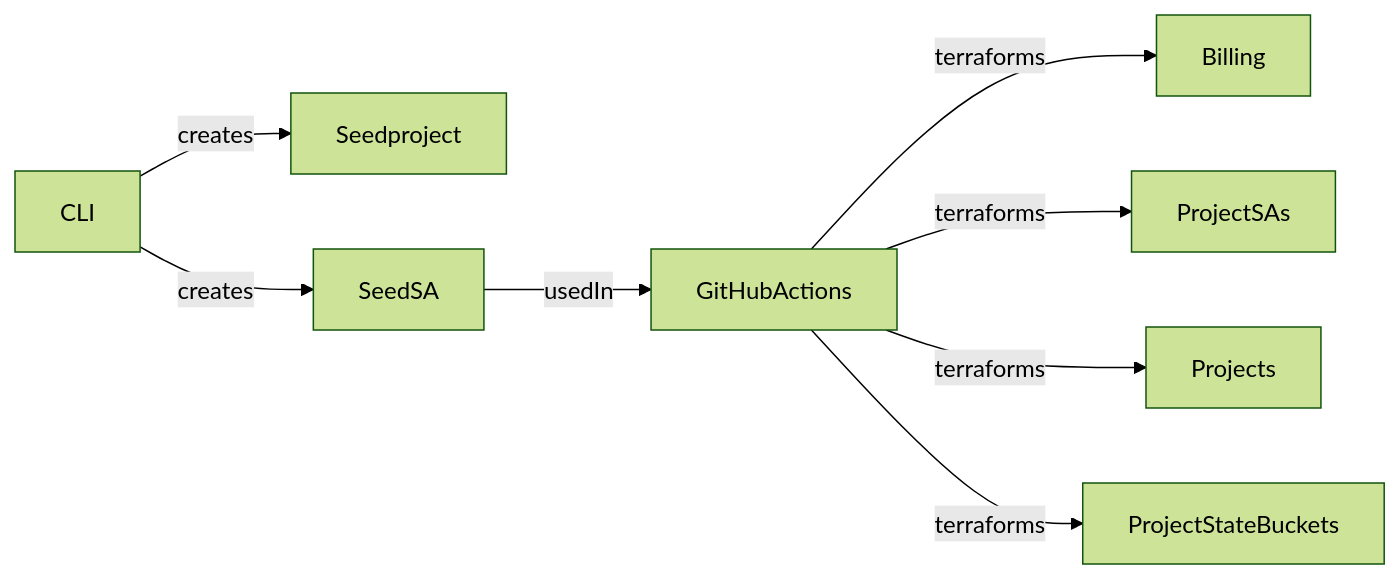
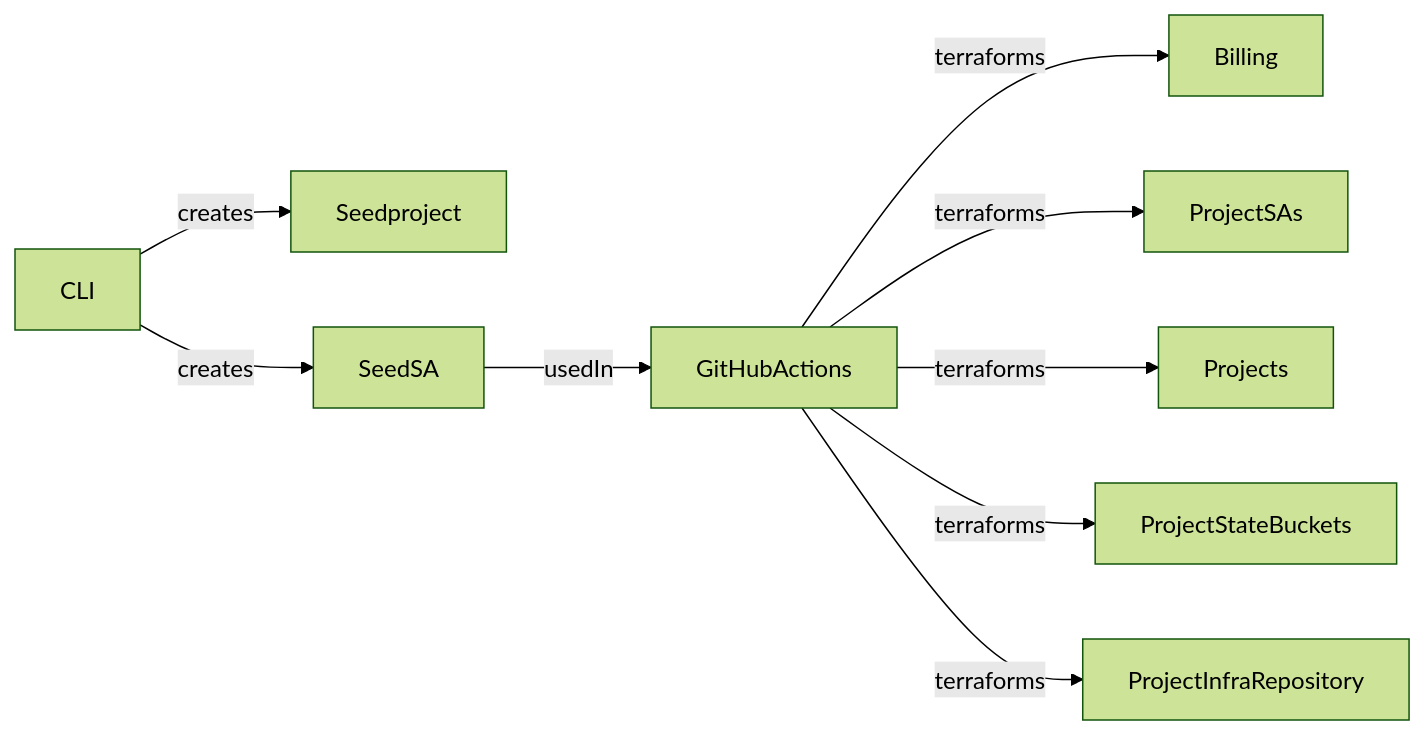
One commit to koenighotze/koenighotze-gcp-base-setup changed the second of 2 diagrams in README.md. Above: the diagram before and after it, drawn with Mermaid (forest theme). The commit also changed 5 other files, not shown here.

````diff
--- a/README.md
+++ b/README.md
@@ -20,8 +20,8 @@
 ```mermaid
 graph LR;
     CLI-- creates -->Seedproject & SeedSA;
 
     SeedSA-- usedIn -->GitHubActions;
     GitHubActions-- terraforms -->Billing;
-    GitHubActions-- terraforms -->ProjectSAs & Projects & ProjectStateBuckets;
+    GitHubActions-- terraforms -->ProjectSAs & Projects & ProjectStateBuckets & ProjectInfraRepository;
 ```
````
